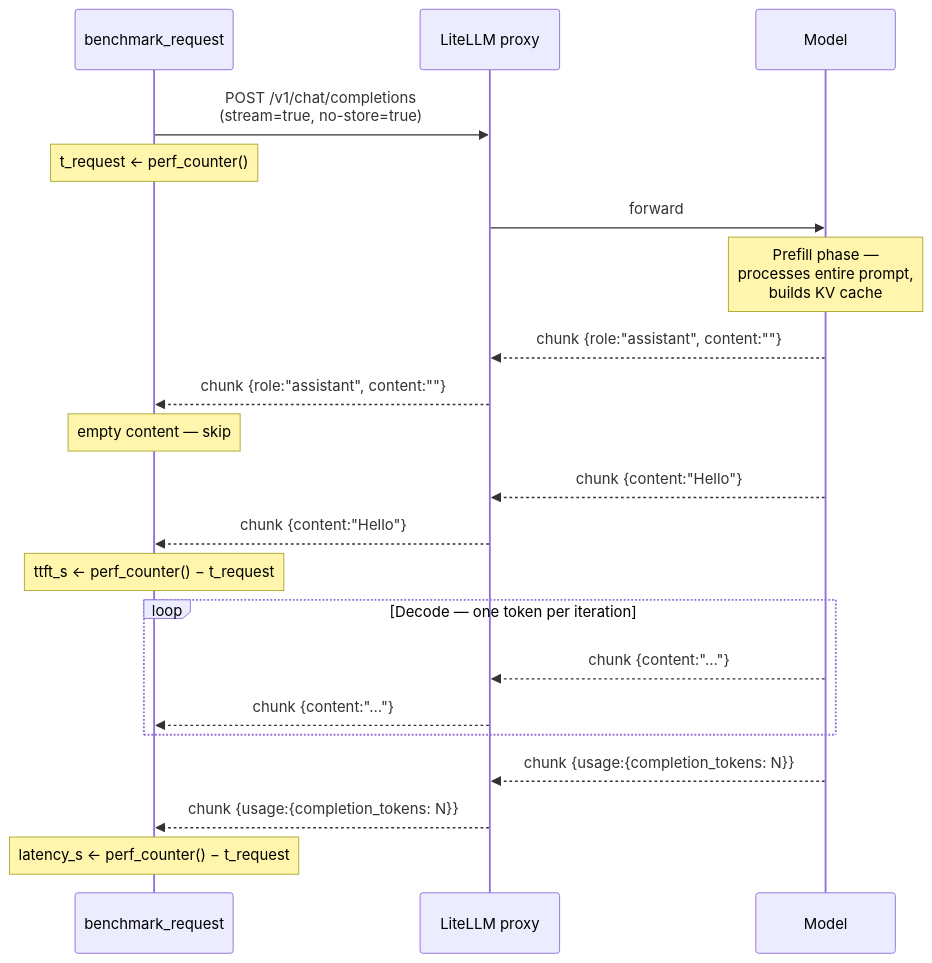
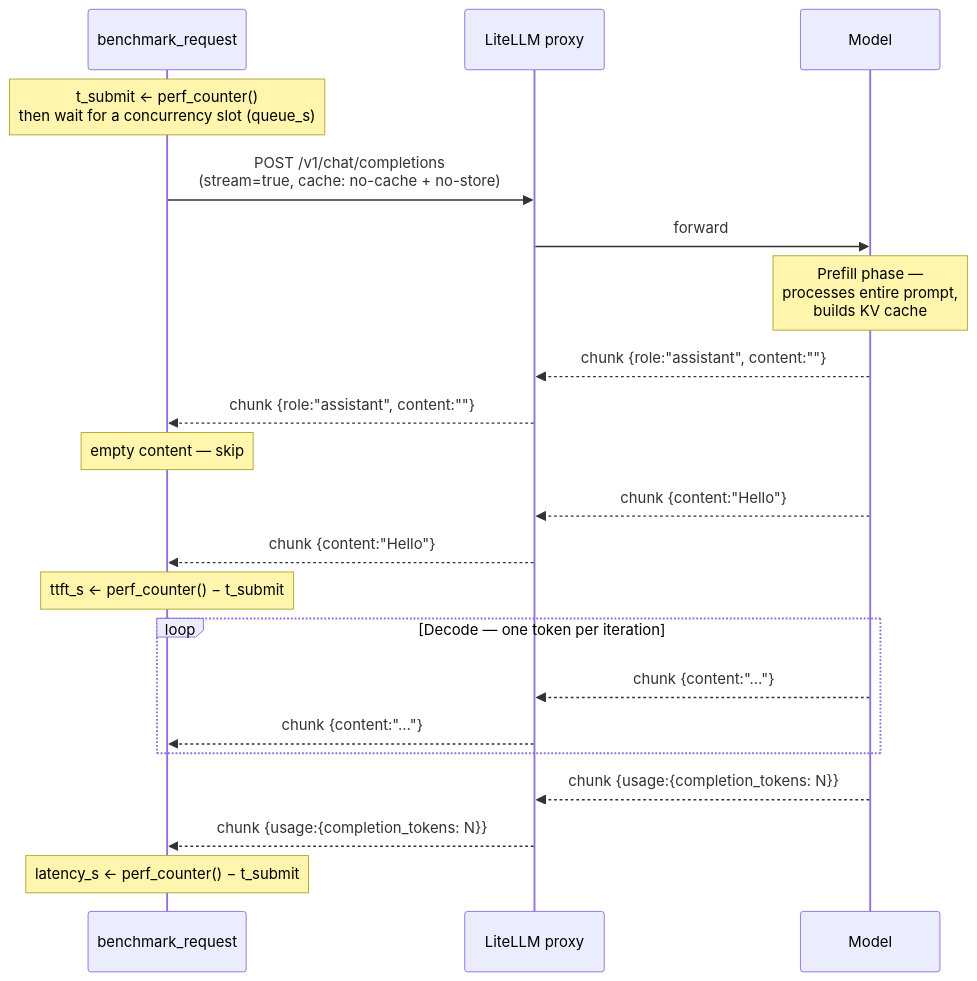
The second of 2 diagrams in README.md (smirnoffmg/litellm-benchmark), drawn with Mermaid before and after one commit. The commit also changed other lines of this file and 10 other files, not shown here.

First line of the commit message:
fix(runner): count queue wait, backoff and timeouts in latency

````diff
--- a/README.md
+++ b/README.md
@@ -114,29 +117,29 @@
 ```mermaid
 sequenceDiagram
     participant B as benchmark_request
     participant P as LiteLLM proxy
     participant M as Model
 
-    B->>P: POST /v1/chat/completions<br/>(stream=true, no-store=true)
-    note over B: t_request ← perf_counter()
+    note over B: t_submit ← perf_counter()<br/>then wait for a concurrency slot (queue_s)
+    B->>P: POST /v1/chat/completions<br/>(stream=true, cache: no-cache + no-store)
     P->>M: forward
 
     note over M: Prefill phase —<br/>processes entire prompt,<br/>builds KV cache
 
     M-->>P: chunk {role:"assistant", content:""}
     P-->>B: chunk {role:"assistant", content:""}
     note over B: empty content — skip
 
     M-->>P: chunk {content:"Hello"}
     P-->>B: chunk {content:"Hello"}
-    note over B: ttft_s ← perf_counter() − t_request
+    note over B: ttft_s ← perf_counter() − t_submit
 
     loop Decode — one token per iteration
         M-->>P: chunk {content:"…"}
         P-->>B: chunk {content:"…"}
     end
 
     M-->>P: chunk {usage:{completion_tokens: N}}
     P-->>B: chunk {usage:{completion_tokens: N}}
-    note over B: latency_s ← perf_counter() − t_request
+    note over B: latency_s ← perf_counter() − t_submit
 ```
````
